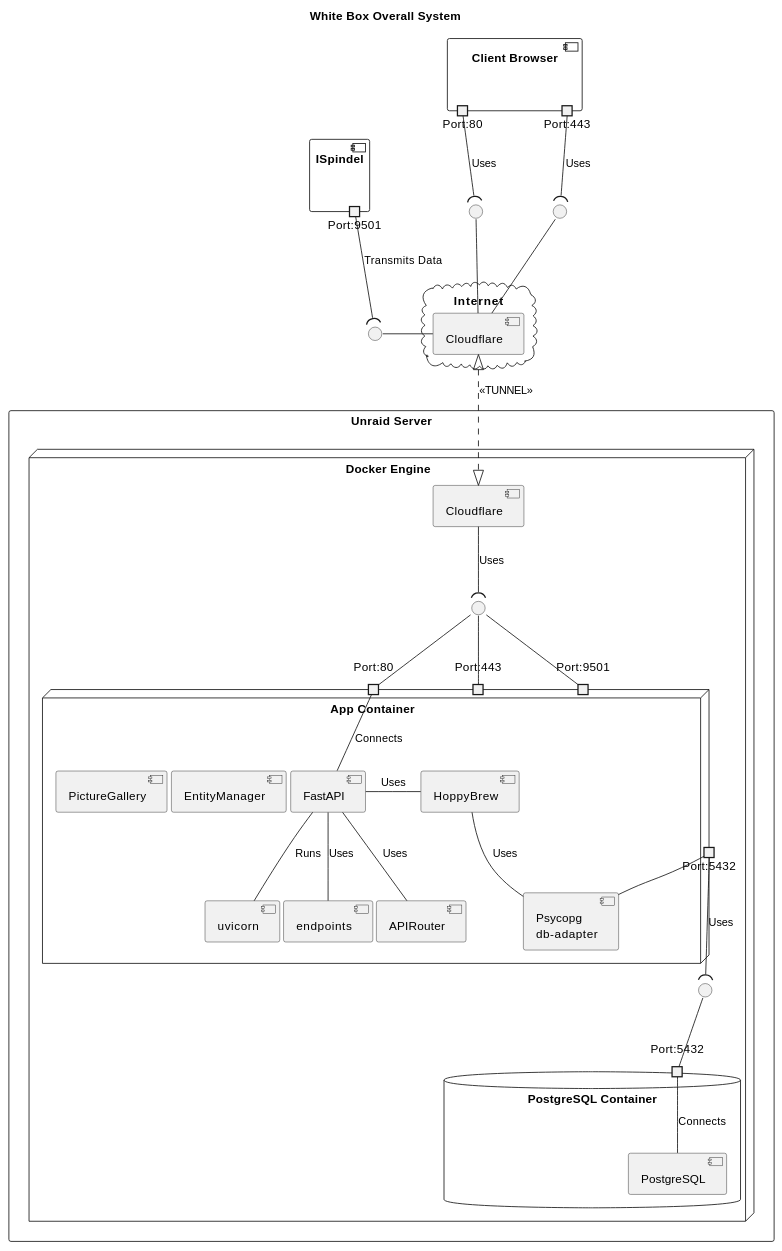
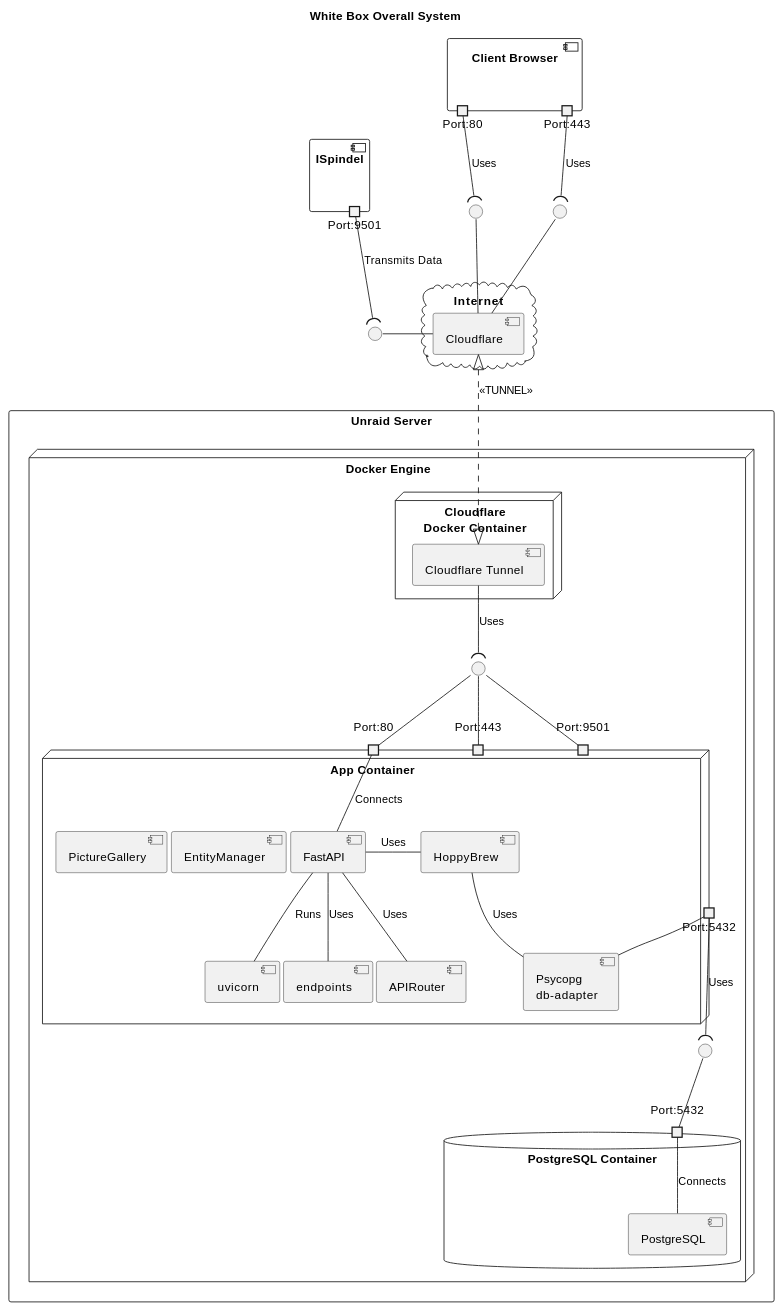
The fourth of 5 diagrams in documents/01-Conception-Phase/00-HoppyBrew.md (asbor/iu-project-software-engineering), drawn with PlantUML before and after one commit. The commit also changed other lines of this file and 3 other files, not shown here.

```diff
--- a/documents/01-Conception-Phase/00-HoppyBrew.md
+++ b/documents/01-Conception-Phase/00-HoppyBrew.md
@@ -486,7 +486,9 @@
 
 rectangle "Unraid Server" {
     node "Docker Engine" {
-        component "Cloudflare" as CloudflareTunnel
+        node "Cloudflare\nDocker Container" {
+            component "Cloudflare Tunnel" as CloudflareTunnel
+        }
 
         cloudflare <|..|> CloudflareTunnel : <<TUNNEL>>
 
```
